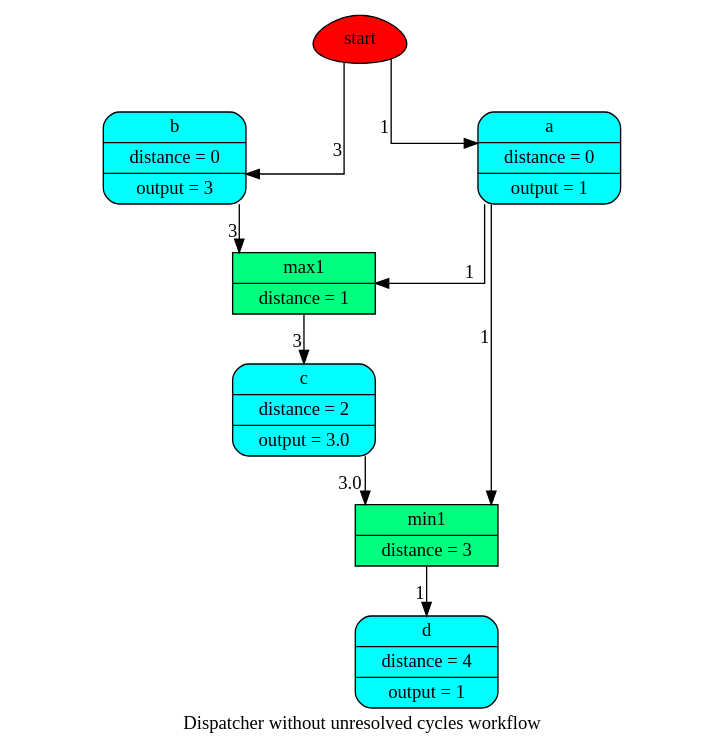
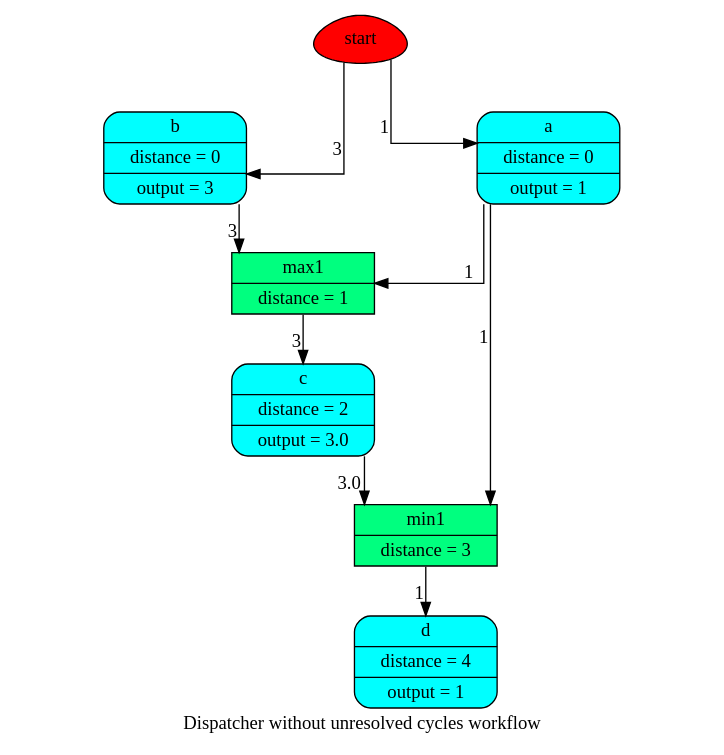
The diagram in doc/source/dispatcher/__init__/remove_cycles/wf_rm_cycles.dot (vinci1it2000/schedula), drawn with Graphviz before and after one commit. The commit also changed 25 other files, not shown here.

```diff
--- a/doc/source/dispatcher/__init__/remove_cycles/wf_rm_cycles.dot
+++ b/doc/source/dispatcher/__init__/remove_cycles/wf_rm_cycles.dot
@@ -1,21 +1,21 @@
 digraph "Dispatcher without unresolved cycles" {
 	graph [ratio=1]
 	node [style=filled]
+	splines = ortho
 	label = "Dispatcher without unresolved cycles workflow"
-	splines = ortho
-		"Dispatcher without unresolved cycles_4373713328" [label=start fillcolor=red shape=egg]
-		"Dispatcher without unresolved cycles_-3065994638765352239" [label="{ max1 | distance = 1 }" fillcolor=springgreen shape=record]
-		"Dispatcher without unresolved cycles_-6038867426217595374" [label="{ d | distance = 4 | output = 1 }" fillcolor=cyan shape=Mrecord]
-		"Dispatcher without unresolved cycles_-6776210645888712586" [label="{ a | distance = 0 | output = 1 }" fillcolor=cyan shape=Mrecord]
-		"Dispatcher without unresolved cycles_3634755706586891528" [label="{ b | distance = 0 | output = 3 }" fillcolor=cyan shape=Mrecord]
-		"Dispatcher without unresolved cycles_7813220925901612792" [label="{ c | distance = 2 | output = 3.0 }" fillcolor=cyan shape=Mrecord]
-		"Dispatcher without unresolved cycles_7365960225278578318" [label="{ min1 | distance = 3 }" fillcolor=springgreen shape=record]
-			"Dispatcher without unresolved cycles_4373713328" -> "Dispatcher without unresolved cycles_3634755706586891528" [xlabel=3]
-			"Dispatcher without unresolved cycles_4373713328" -> "Dispatcher without unresolved cycles_-6776210645888712586" [xlabel=1]
-			"Dispatcher without unresolved cycles_-3065994638765352239" -> "Dispatcher without unresolved cycles_7813220925901612792" [xlabel=3]
-			"Dispatcher without unresolved cycles_-6776210645888712586" -> "Dispatcher without unresolved cycles_-3065994638765352239" [xlabel=1]
-			"Dispatcher without unresolved cycles_-6776210645888712586" -> "Dispatcher without unresolved cycles_7365960225278578318" [xlabel=1]
-			"Dispatcher without unresolved cycles_3634755706586891528" -> "Dispatcher without unresolved cycles_-3065994638765352239" [xlabel=3]
-			"Dispatcher without unresolved cycles_7813220925901612792" -> "Dispatcher without unresolved cycles_7365960225278578318" [xlabel=3.0]
-			"Dispatcher without unresolved cycles_7365960225278578318" -> "Dispatcher without unresolved cycles_-6038867426217595374" [xlabel=1]
+		"Dispatcher without unresolved cycles_4373643456" [label=start fillcolor=red shape=egg]
+		"Dispatcher without unresolved cycles_8642698689935103924" [label="{ c | distance = 2 | output = 3.0 }" fillcolor=cyan shape=Mrecord]
+		"Dispatcher without unresolved cycles_4365437138539885285" [label="{ min1 | distance = 3 }" fillcolor=springgreen shape=record]
+		"Dispatcher without unresolved cycles_4091537378154039687" [label="{ b | distance = 0 | output = 3 }" fillcolor=cyan shape=Mrecord]
+		"Dispatcher without unresolved cycles_-7263908729477869368" [label="{ max1 | distance = 1 }" fillcolor=springgreen shape=record]
+		"Dispatcher without unresolved cycles_-1841214044933314468" [label="{ a | distance = 0 | output = 1 }" fillcolor=cyan shape=Mrecord]
+		"Dispatcher without unresolved cycles_-4429513020801161489" [label="{ d | distance = 4 | output = 1 }" fillcolor=cyan shape=Mrecord]
+			"Dispatcher without unresolved cycles_4373643456" -> "Dispatcher without unresolved cycles_-1841214044933314468" [xlabel=1]
+			"Dispatcher without unresolved cycles_4373643456" -> "Dispatcher without unresolved cycles_4091537378154039687" [xlabel=3]
+			"Dispatcher without unresolved cycles_8642698689935103924" -> "Dispatcher without unresolved cycles_4365437138539885285" [xlabel=3.0]
+			"Dispatcher without unresolved cycles_4365437138539885285" -> "Dispatcher without unresolved cycles_-4429513020801161489" [xlabel=1]
+			"Dispatcher without unresolved cycles_4091537378154039687" -> "Dispatcher without unresolved cycles_-7263908729477869368" [xlabel=3]
+			"Dispatcher without unresolved cycles_-7263908729477869368" -> "Dispatcher without unresolved cycles_8642698689935103924" [xlabel=3]
+			"Dispatcher without unresolved cycles_-1841214044933314468" -> "Dispatcher without unresolved cycles_-7263908729477869368" [xlabel=1]
+			"Dispatcher without unresolved cycles_-1841214044933314468" -> "Dispatcher without unresolved cycles_4365437138539885285" [xlabel=1]
 }
```
